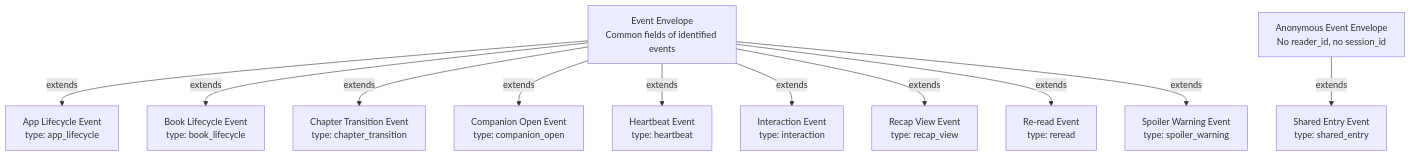
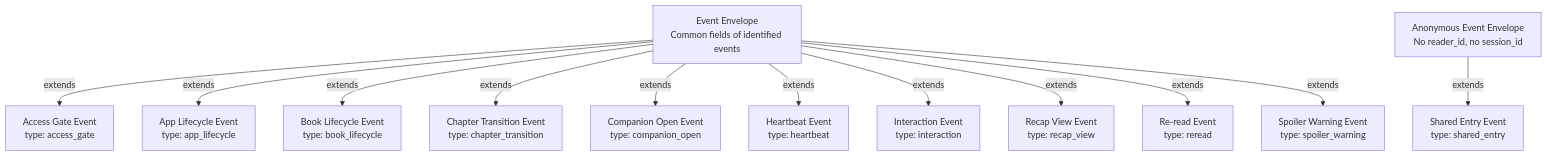
The diagram in docs/diagrams/event-hierarchy.mmd (bookmanifest/schemas), drawn with Mermaid before and after one commit. The commit also changed 30 other files, not shown here.

First line of the commit message:
Reading event access_gate: a gate is shown, not read (0.3.5) (#5)

```diff
--- a/docs/diagrams/event-hierarchy.mmd
+++ b/docs/diagrams/event-hierarchy.mmd
@@ -1,28 +1,30 @@
 flowchart TD
     %% Book Manifest Event Hierarchy
 
     Envelope["Event Envelope\nCommon fields of identified events"]
     AnonymousEnvelope["Anonymous Event Envelope\nNo reader_id, no session_id"]
 
+    Envelope -->|"extends"| access_gate["Access Gate Event\ntype: access_gate"]
     Envelope -->|"extends"| app_lifecycle["App Lifecycle Event\ntype: app_lifecycle"]
     Envelope -->|"extends"| book_lifecycle["Book Lifecycle Event\ntype: book_lifecycle"]
     Envelope -->|"extends"| chapter_transition["Chapter Transition Event\ntype: chapter_transition"]
     Envelope -->|"extends"| companion_open["Companion Open Event\ntype: companion_open"]
     Envelope -->|"extends"| heartbeat["Heartbeat Event\ntype: heartbeat"]
     Envelope -->|"extends"| interaction["Interaction Event\ntype: interaction"]
     Envelope -->|"extends"| recap_view["Recap View Event\ntype: recap_view"]
     Envelope -->|"extends"| reread["Re-read Event\ntype: reread"]
     AnonymousEnvelope -->|"extends"| shared_entry["Shared Entry Event\ntype: shared_entry"]
     Envelope -->|"extends"| spoiler_warning["Spoiler Warning Event\ntype: spoiler_warning"]
 
     %% Event Types
+    %% access-gate: The reader reached a chapter they cannot read yet, and the app showed the way in instead of its text: buy the book, subscribe, or wait. The chapter is the context chapter. It is not reading: the chapter was not opened, so no chapter_transition or heartbeat follows from it.
     %% app-lifecycle: App state changes (open, background, foreground, close)
     %% book-lifecycle: Major milestones in book reading (started, completed)
     %% chapter-transition: Fired when the user moves between chapters
     %% companion-open: The reader opened a reading-companion surface (who is who, an entity card, the spoiler-safe map) at a position. Says where readers look for help and about whom; never what they typed or searched.
     %% heartbeat: Periodic reading activity tracking
     %% interaction: User interactions with content (highlights, annotations, etc.)
     %% recap-view: The «what happened» recap (a few lines of the story up to where the reader stopped) was offered, viewed or dismissed. The gap since the last reading is sent as a coarse bucket.
     %% reread: The reader went back to an earlier paragraph and stayed there: the destination of a backward jump. Carries two positions and how the reader got there, nothing else. The origin is the context chapter plus `from_node_id`; the destination may be in another chapter.
     %% shared-entry: Entry into the book through a shared paragraph link, and whether that entry later leads to starting the book from its beginning. The device keeps the entry paragraph locally and joins arrival and start itself, so the server never links two events of one reader: it counts `arrived` and `began_from_start` per entry paragraph and divides. No reader id, session id, referrer, share token, sharer or channel is sent (anonymous envelope). Each stage is sent at most once per entry per device.
     %% spoiler-warning: Before sharing or copying the link of a paragraph that is the reveal of a public key truth, the reader saw a warning and accepted or cancelled. Which truths it reveals is known from the narrative layer and is not sent.
```
